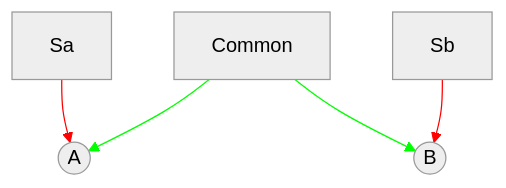
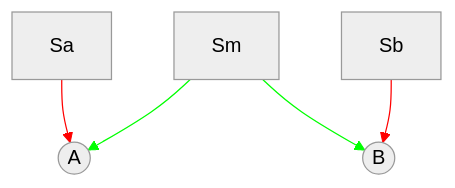
One commit to awillats/clinc changed the second of 9 diagrams in sketches_and_notation/identifiability/IDSNR_notation.md. Above: the diagram before and after it, drawn with Mermaid (neutral theme). The commit also changed other lines of this file and 1 other file, not shown here.

````diff
--- a/sketches_and_notation/identifiability/IDSNR_notation.md
+++ b/sketches_and_notation/identifiability/IDSNR_notation.md
@@ -43,9 +43,9 @@
 ```mermaid
 graph TD
   Sa-->A((A));
-  Sc[Common]-->A
+  Sc[Sm]-->A
   Sc-->B((B));
   Sb-->B;
   linkStyle 1,2 stroke:#0f0
   linkStyle 0,3 stroke:#f00
 ```
````
